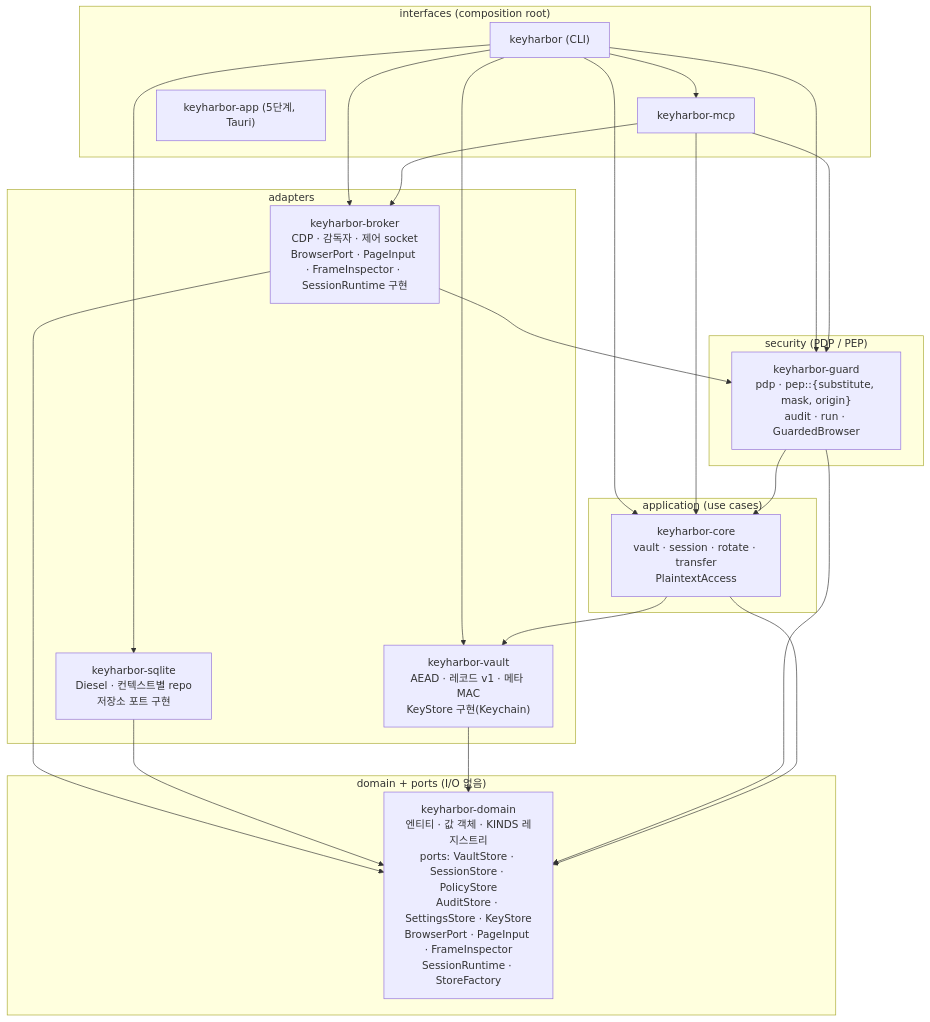
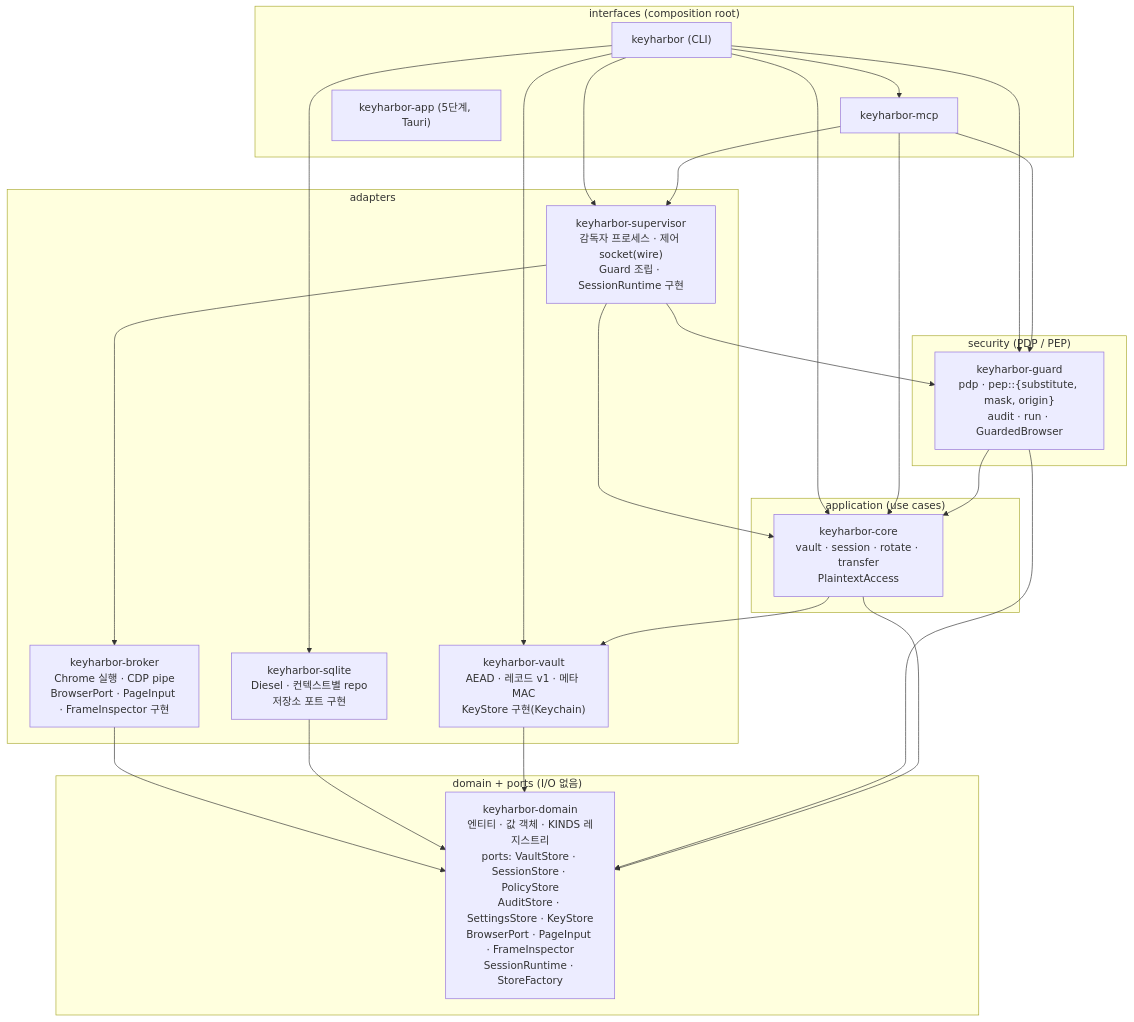
One commit to LeeSwallow/KeyHarbor changed the third of 17 diagrams in docs/design/02-system-architecture.md. Above: the diagram before and after it, drawn with Mermaid. The commit also changed other lines of this file and 43 other files, not shown here.

First line of the commit message:
refactor: supervisor crate composes broker and guard (#28)

````diff
--- a/docs/design/02-system-architecture.md
+++ b/docs/design/02-system-architecture.md
@@ -82,28 +82,29 @@
 ```mermaid
 flowchart TB
   subgraph interfaces["interfaces (composition root)"]
     cli["keyharbor (CLI)"]
     mcp["keyharbor-mcp"]
     app["keyharbor-app (5단계, Tauri)"]
   end
   subgraph adapters["adapters"]
-    broker["keyharbor-broker<br/>CDP · 감독자 · 제어 socket<br/>BrowserPort · PageInput · FrameInspector · SessionRuntime 구현"]
+    supervisor["keyharbor-supervisor<br/>감독자 프로세스 · 제어 socket(wire)<br/>Guard 조립 · SessionRuntime 구현"]
+    broker["keyharbor-broker<br/>Chrome 실행 · CDP pipe<br/>BrowserPort · PageInput · FrameInspector 구현"]
     sqlite["keyharbor-sqlite<br/>Diesel · 컨텍스트별 repo<br/>저장소 포트 구현"]
     vault["keyharbor-vault<br/>AEAD · 레코드 v1 · 메타 MAC<br/>KeyStore 구현(Keychain)"]
   end
   subgraph security["security (PDP / PEP)"]
     guard["keyharbor-guard<br/>pdp · pep::{substitute, mask, origin}<br/>audit · run · GuardedBrowser"]
   end
   subgraph application["application (use cases)"]
     core["keyharbor-core<br/>vault · session · rotate · transfer<br/>PlaintextAccess"]
   end
   subgraph domain["domain + ports (I/O 없음)"]
     dom["keyharbor-domain<br/>엔티티 · 값 객체 · KINDS 레지스트리<br/>ports: VaultStore · SessionStore · PolicyStore<br/>AuditStore · SettingsStore · KeyStore<br/>BrowserPort · PageInput · FrameInspector<br/>SessionRuntime · StoreFactory"]
   end
-  cli --> mcp & broker & sqlite & vault & guard & core
-  mcp --> broker & guard & core
-  broker --> guard
+  cli --> mcp & supervisor & sqlite & vault & guard & core
+  mcp --> supervisor & guard & core
+  supervisor --> broker & guard & core
   guard --> core
   core --> vault
   broker & sqlite & vault & guard & core --> dom
 ```
````
